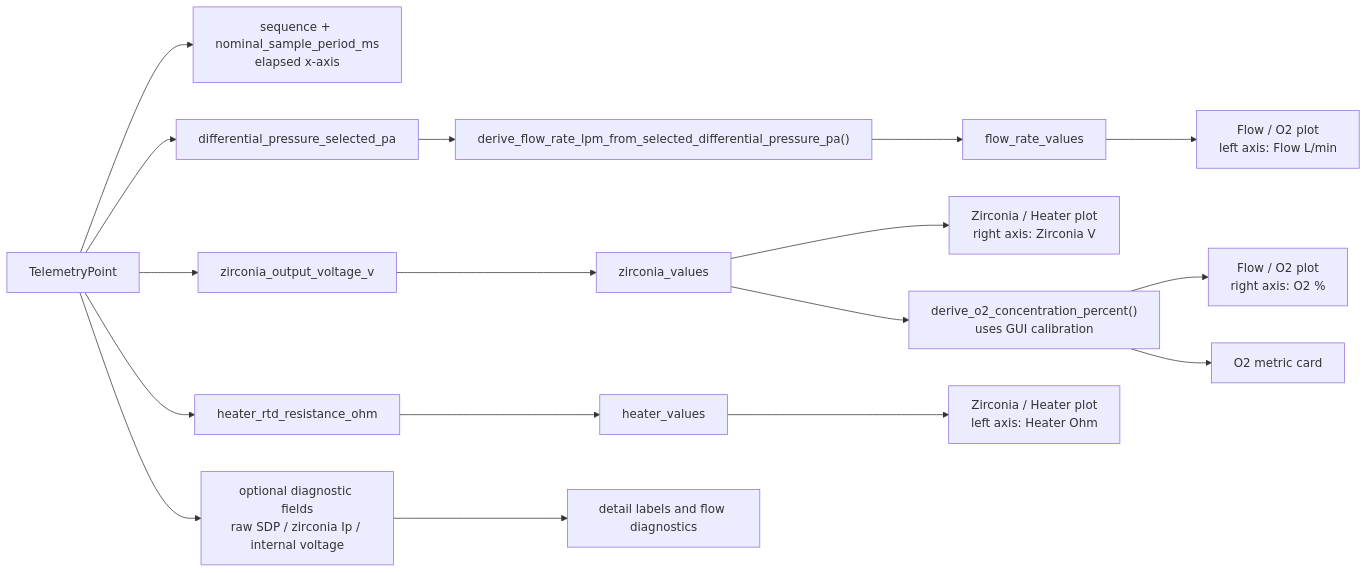
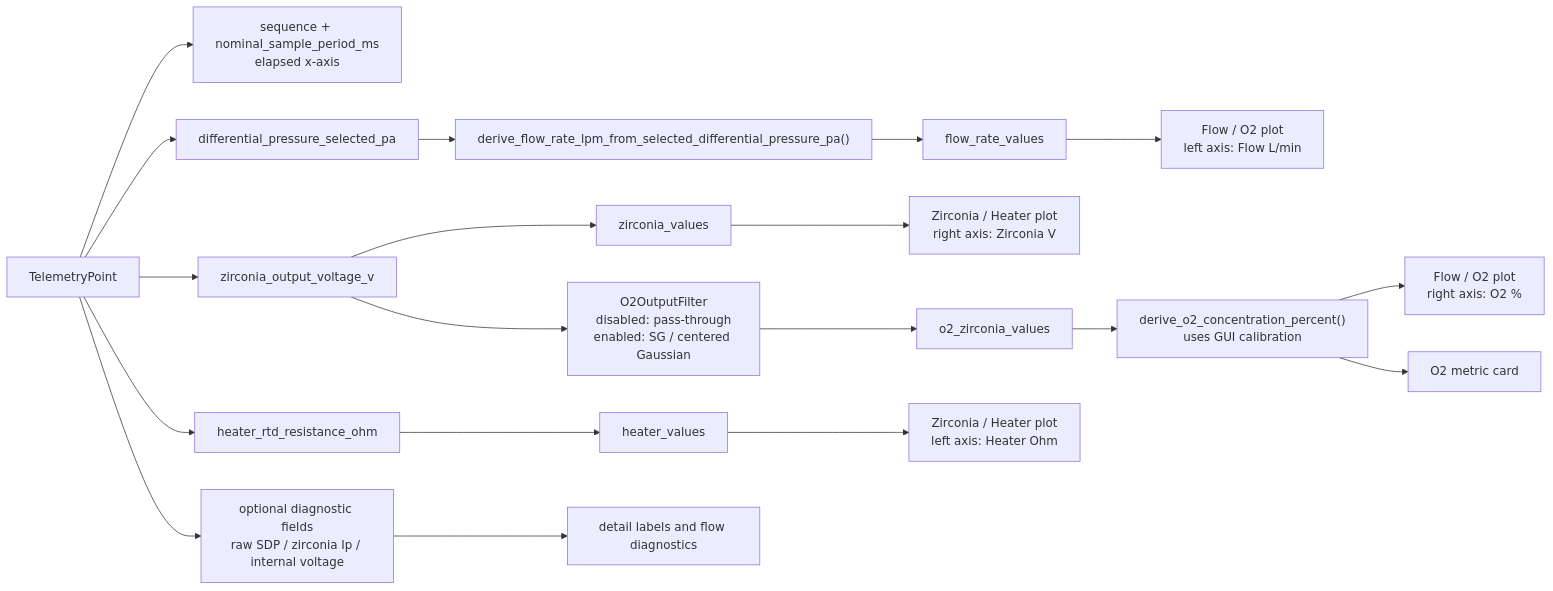
Before and after one commit to hiromaite/zss_demokit: the fourth of 4 diagrams in docs/system_architecture.md, drawn with Mermaid. The commit also changed other lines of this file, not shown here.

Commit message:
Align telemetry data flow docs with O2 filtering

````diff
--- a/docs/system_architecture.md
+++ b/docs/system_architecture.md
@@ -284,24 +287,26 @@
 ```mermaid
 flowchart LR
     TP["TelemetryPoint"] --> TIME["sequence + nominal_sample_period_ms<br/>elapsed x-axis"]
 
     TP --> DP["differential_pressure_selected_pa"]
     DP --> FLOW_DERIVED["derive_flow_rate_lpm_from_selected_differential_pressure_pa()"]
     FLOW_DERIVED --> FLOW_BUF["flow_rate_values"]
     FLOW_BUF --> FLOW_PLOT["Flow / O2 plot<br/>left axis: Flow L/min"]
 
     TP --> ZIRC["zirconia_output_voltage_v"]
     ZIRC --> ZIRC_BUF["zirconia_values"]
     ZIRC_BUF --> ZIRC_PLOT["Zirconia / Heater plot<br/>right axis: Zirconia V"]
 
-    ZIRC_BUF --> O2_DERIVED["derive_o2_concentration_percent()<br/>uses GUI calibration"]
+    ZIRC --> O2_FILTER["O2OutputFilter<br/>disabled: pass-through<br/>enabled: SG / centered Gaussian"]
+    O2_FILTER --> O2_ZIRC_BUF["o2_zirconia_values"]
+    O2_ZIRC_BUF --> O2_DERIVED["derive_o2_concentration_percent()<br/>uses GUI calibration"]
     O2_DERIVED --> O2_PLOT["Flow / O2 plot<br/>right axis: O2 %"]
     O2_DERIVED --> O2_CARD["O2 metric card"]
 
     TP --> HEATER["heater_rtd_resistance_ohm"]
     HEATER --> HEATER_BUF["heater_values"]
     HEATER_BUF --> HEATER_PLOT["Zirconia / Heater plot<br/>left axis: Heater Ohm"]
 
     TP --> OPTIONAL["optional diagnostic fields<br/>raw SDP / zirconia Ip / internal voltage"]
     OPTIONAL --> DETAIL["detail labels and flow diagnostics"]
 ```
````
